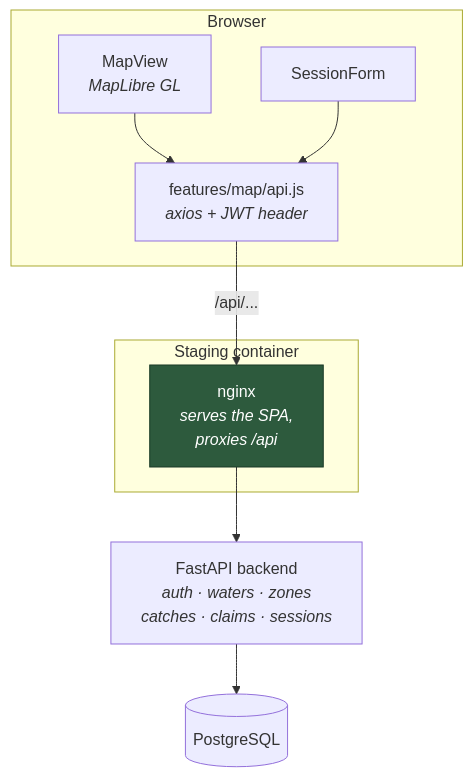
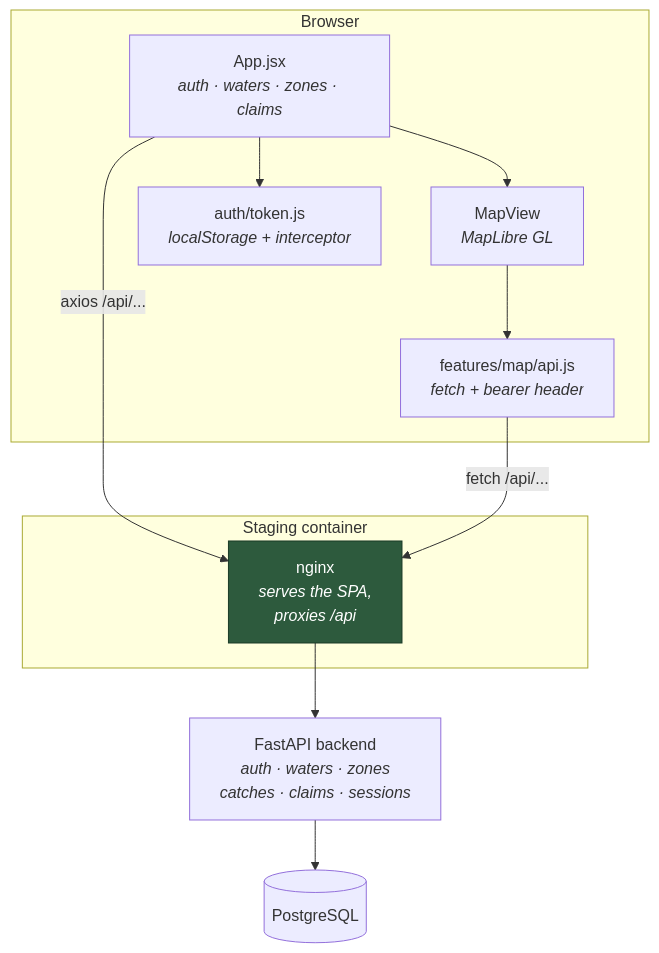
The second of 2 diagrams in README.md (decstar714/fishclaim), drawn with Mermaid before and after one commit. The commit also changed other lines of this file and 1 other file, not shown here.

````diff
--- a/README.md
+++ b/README.md
@@ -34,21 +55,25 @@
 ```mermaid
 flowchart TD
     subgraph BROWSER["Browser"]
+        APP["App.jsx<br/><i>auth · waters · zones · claims</i>"]
         MV["MapView<br/><i>MapLibre GL</i>"]
-        SF["SessionForm"]
-        API["features/map/api.js<br/><i>axios + JWT header</i>"]
-        MV --> API
-        SF --> API
+        TOK["auth/token.js<br/><i>localStorage + interceptor</i>"]
+        MAPI["features/map/api.js<br/><i>fetch + bearer header</i>"]
+        APP --> TOK
+        APP --> MV
+        MV --> MAPI
     end
 
     subgraph STAGING["Staging container"]
         NG["nginx<br/><i>serves the SPA,<br/>proxies /api</i>"]
     end
 
     BE["FastAPI backend<br/><i>auth · waters · zones<br/>catches · claims · sessions</i>"]
     DB[("PostgreSQL")]
 
-    API -->|"/api/..."| NG --> BE --> DB
+    APP -->|"axios /api/..."| NG
+    MAPI -->|"fetch /api/..."| NG
+    NG --> BE --> DB
 
     style NG fill:#2d5a3d,stroke:#1a3a26,color:#fff
 ```
````
